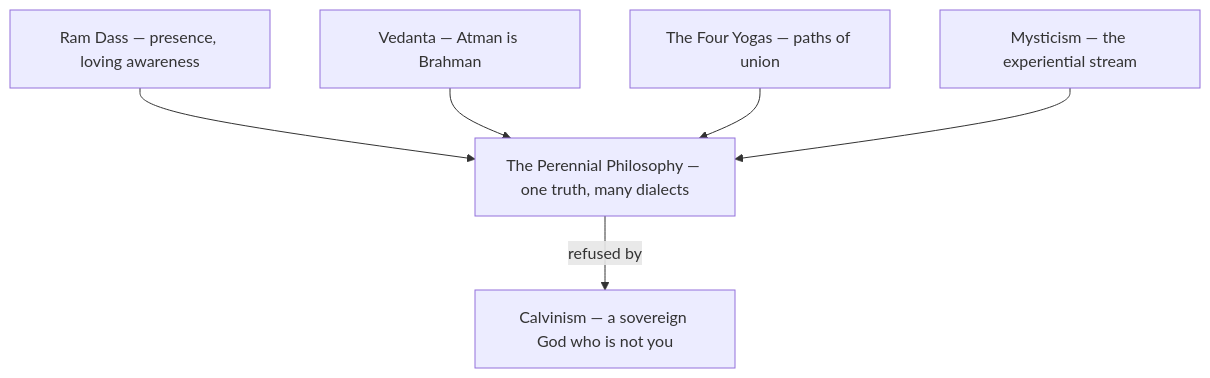
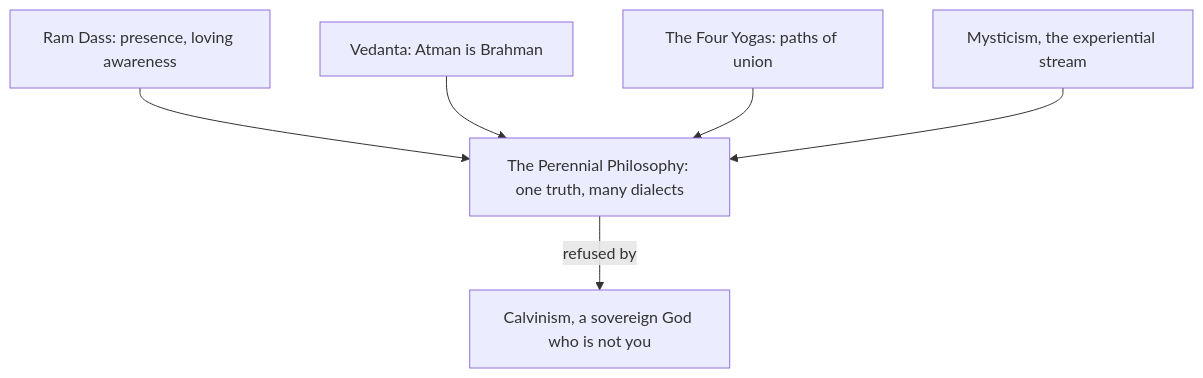
Before and after one commit to kennethreitz/kennethreitz.org: the diagram in data/knowledge/spirituality/index.md, drawn with Mermaid. The commit also changed other lines of this file and 879 other files, not shown here.

````diff
--- a/data/knowledge/spirituality/index.md
+++ b/data/knowledge/spirituality/index.md
@@ -90,14 +90,14 @@
 ```mermaid
 flowchart TD
-    PP["The Perennial Philosophy — one truth, many dialects"]
-    RD["Ram Dass — presence, loving awareness"]
-    V["Vedanta — Atman is Brahman"]
-    Yo["The Four Yogas — paths of union"]
-    My["Mysticism — the experiential stream"]
-    Ca["Calvinism — a sovereign God who is not you"]
+    PP["The Perennial Philosophy: one truth, many dialects"]
+    RD["Ram Dass: presence, loving awareness"]
+    V["Vedanta: Atman is Brahman"]
+    Yo["The Four Yogas: paths of union"]
+    My["Mysticism, the experiential stream"]
+    Ca["Calvinism, a sovereign God who is not you"]
     RD --> PP
     V --> PP
     Yo --> PP
     My --> PP
     PP -->|"refused by"| Ca
 ```
````
